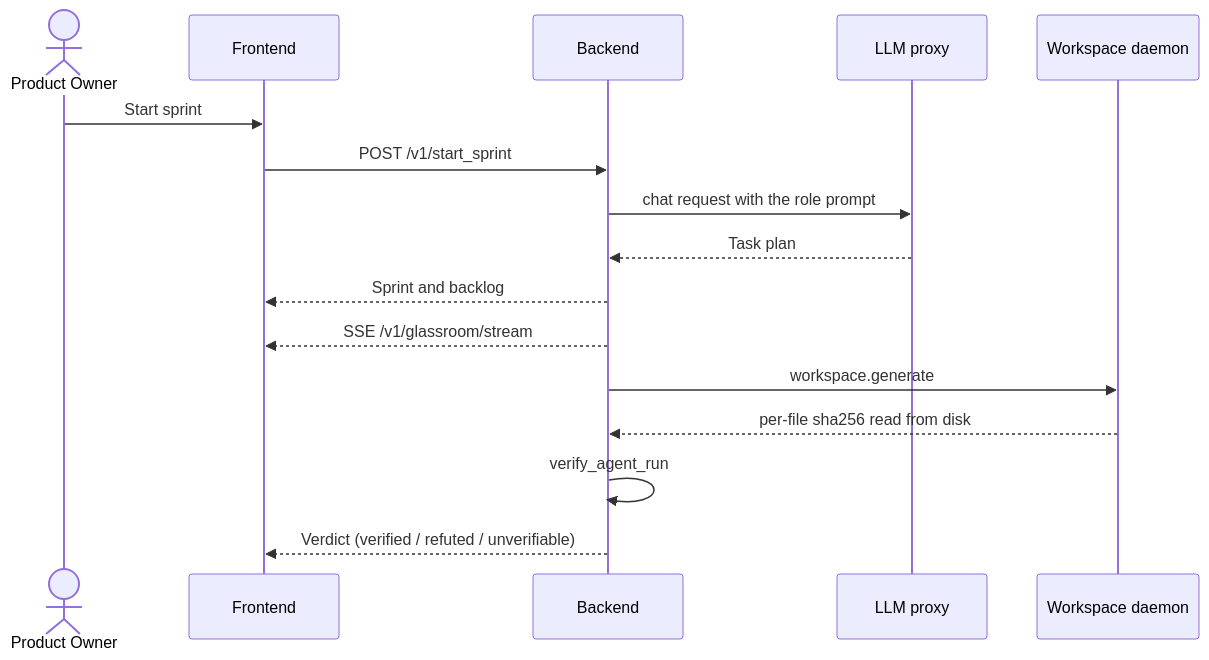
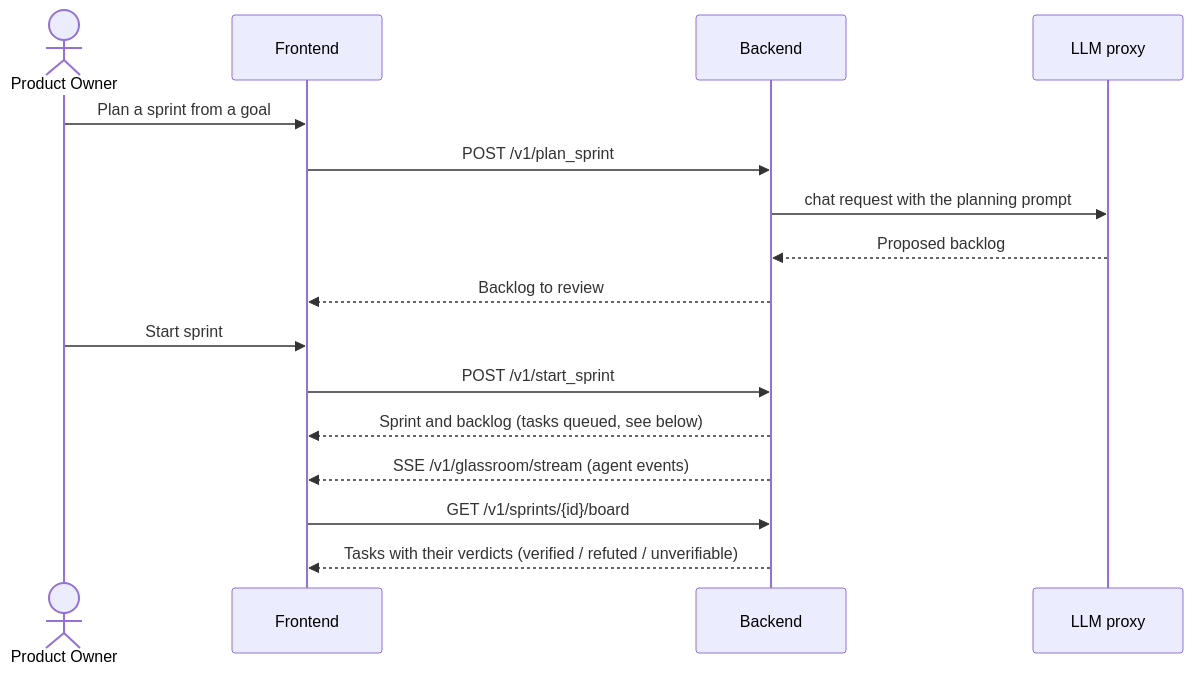
One commit to careb36/la-fabrique changed the second of 3 diagrams in la-fabrique/ARCHITECTURE.md. Above: the diagram before and after it, drawn with Mermaid. The commit also changed other lines of this file and 32 other files, not shown here.

````diff
--- a/la-fabrique/ARCHITECTURE.md
+++ b/la-fabrique/ARCHITECTURE.md
@@ -82,19 +83,19 @@
 ```mermaid
 sequenceDiagram
     actor P as Product Owner
     participant F as Frontend
     participant B as Backend
     participant X as LLM proxy
-    participant D as Workspace daemon
 
+    P->>F: Plan a sprint from a goal
+    F->>B: POST /v1/plan_sprint
+    B->>X: chat request with the planning prompt
+    X-->>B: Proposed backlog
+    B-->>F: Backlog to review
     P->>F: Start sprint
     F->>B: POST /v1/start_sprint
-    B->>X: chat request with the role prompt
-    X-->>B: Task plan
-    B-->>F: Sprint and backlog
-    B-->>F: SSE /v1/glassroom/stream
-    B->>D: workspace.generate
-    D-->>B: per-file sha256 read from disk
-    B->>B: verify_agent_run
-    B-->>F: Verdict (verified / refuted / unverifiable)
+    B-->>F: Sprint and backlog (tasks queued, see below)
+    B-->>F: SSE /v1/glassroom/stream (agent events)
+    F->>B: GET /v1/sprints/{id}/board
+    B-->>F: Tasks with their verdicts (verified / refuted / unverifiable)
 ```
````
